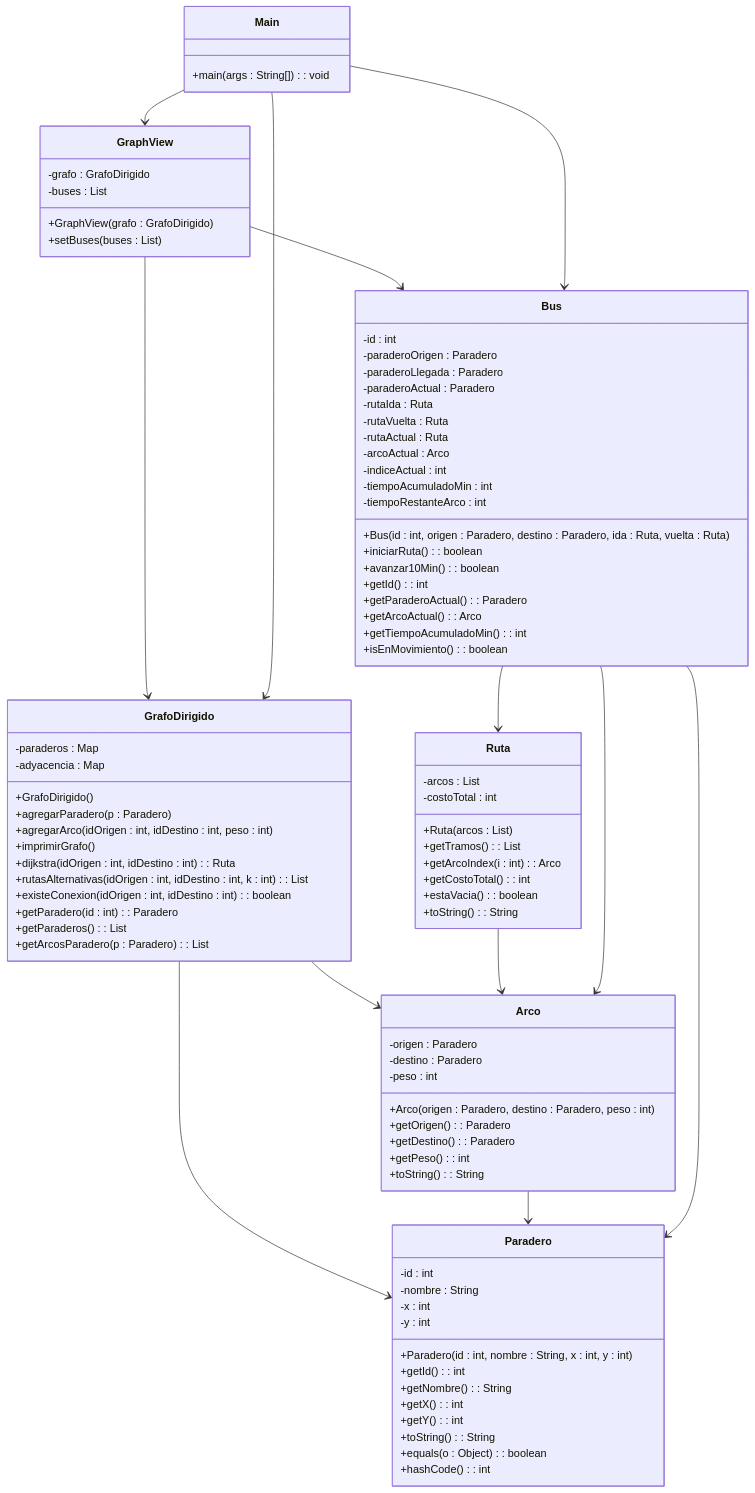
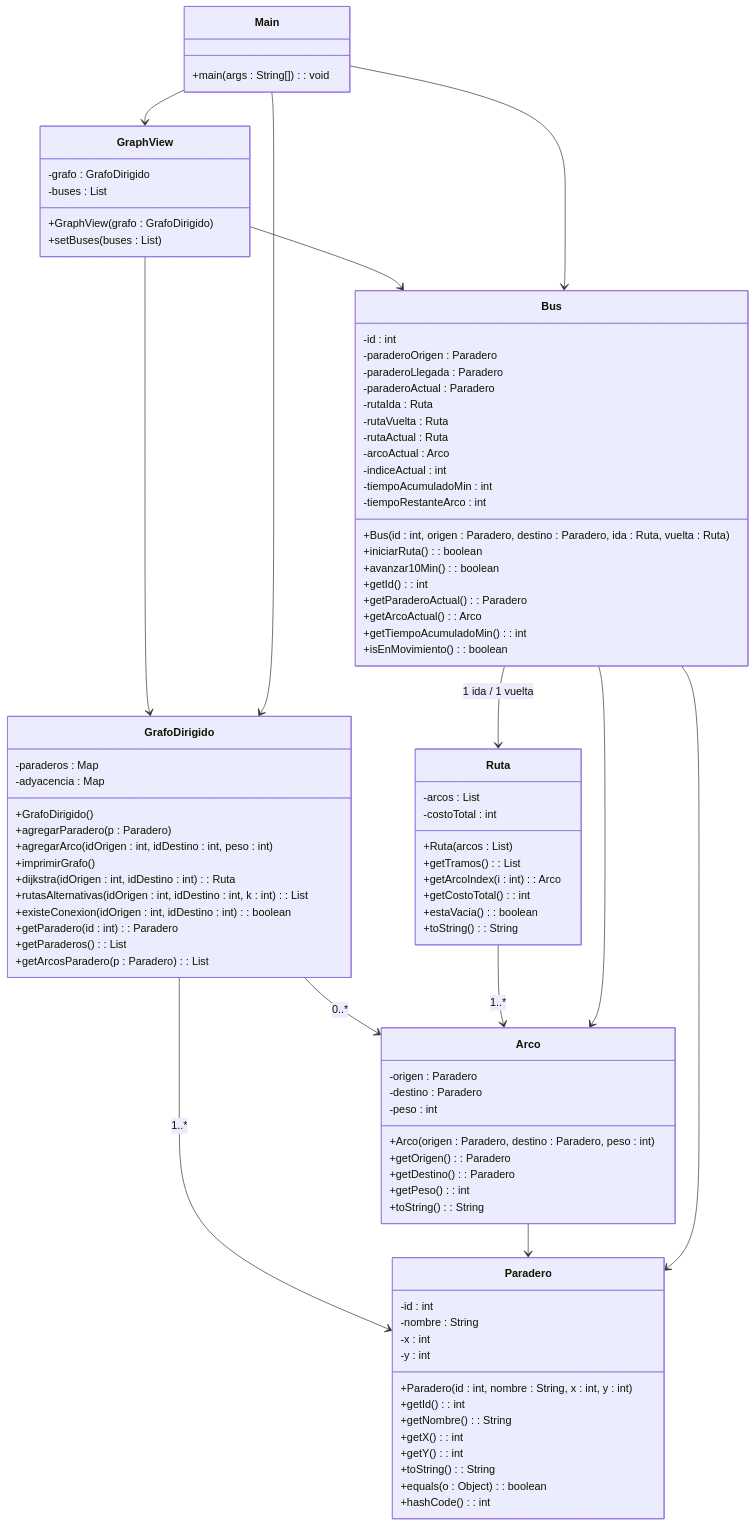
One commit to juanda542/proyectoAlgoritmo changed the diagram in pAlg_2.0/src/palg/Diagrama.mmd. Above: the diagram before and after it, drawn with Mermaid.

```diff
--- a/pAlg_2.0/src/palg/Diagrama.mmd
+++ b/pAlg_2.0/src/palg/Diagrama.mmd
@@ -1,99 +1,99 @@
 classDiagram
 
 class Paradero {
   -id : int
   -nombre : String
   -x : int
   -y : int
   +Paradero(id : int, nombre : String, x : int, y : int)
   +getId() : int
   +getNombre() : String
   +getX() : int
   +getY() : int
   +toString() : String
   +equals(o : Object) : boolean
   +hashCode() : int
 }
 
 class Arco {
   -origen : Paradero
   -destino : Paradero
   -peso : int
   +Arco(origen : Paradero, destino : Paradero, peso : int)
   +getOrigen() : Paradero
   +getDestino() : Paradero
   +getPeso() : int
   +toString() : String
 }
 
 class Ruta {
   -arcos : List
   -costoTotal : int
   +Ruta(arcos : List)
   +getTramos() : List
   +getArcoIndex(i : int) : Arco
   +getCostoTotal() : int
   +estaVacia() : boolean
   +toString() : String
 }
 
 class GrafoDirigido {
   -paraderos : Map
   -adyacencia : Map
   +GrafoDirigido()
   +agregarParadero(p : Paradero)
   +agregarArco(idOrigen : int, idDestino : int, peso : int)
   +imprimirGrafo()
   +dijkstra(idOrigen : int, idDestino : int) : Ruta
   +rutasAlternativas(idOrigen : int, idDestino : int, k : int) : List
   +existeConexion(idOrigen : int, idDestino : int) : boolean
   +getParadero(id : int) : Paradero
   +getParaderos() : List
   +getArcosParadero(p : Paradero) : List
 }
 
 class Bus {
   -id : int
   -paraderoOrigen : Paradero
   -paraderoLlegada : Paradero
   -paraderoActual : Paradero
   -rutaIda : Ruta
   -rutaVuelta : Ruta
   -rutaActual : Ruta
   -arcoActual : Arco
   -indiceActual : int
   -tiempoAcumuladoMin : int
   -tiempoRestanteArco : int
   +Bus(id : int, origen : Paradero, destino : Paradero, ida : Ruta, vuelta : Ruta)
   +iniciarRuta() : boolean
   +avanzar10Min() : boolean
   +getId() : int
   +getParaderoActual() : Paradero
   +getArcoActual() : Arco
   +getTiempoAcumuladoMin() : int
   +isEnMovimiento() : boolean
 }
 
 class GraphView {
   -grafo : GrafoDirigido
   -buses : List
   +GraphView(grafo : GrafoDirigido)
   +setBuses(buses : List)
 }
 
 class Main {
   +main(args : String[]) : void
 }
 
-GrafoDirigido --> Paradero
-GrafoDirigido --> Arco
-Ruta --> Arco
+GrafoDirigido --> Paradero: 1..*
+GrafoDirigido --> Arco: 0..*
+Ruta --> Arco: 1..*
 Arco --> Paradero
-Bus --> Ruta
+Bus --> Ruta: 1 ida / 1 vuelta
 Bus --> Paradero
 Bus --> Arco
 GraphView --> GrafoDirigido
 GraphView --> Bus
 Main --> GrafoDirigido
 Main --> Bus
 Main --> GraphView
```
